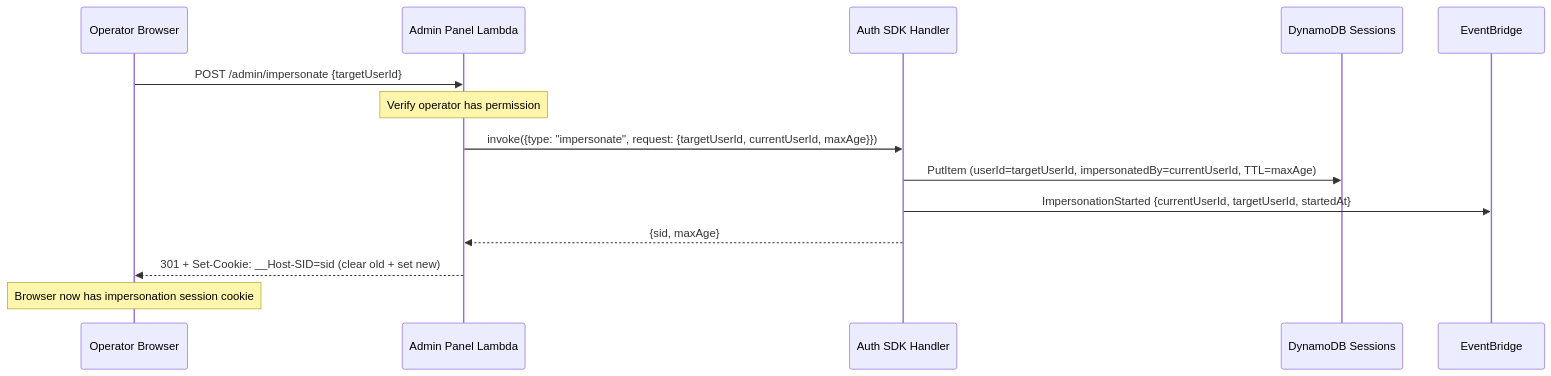
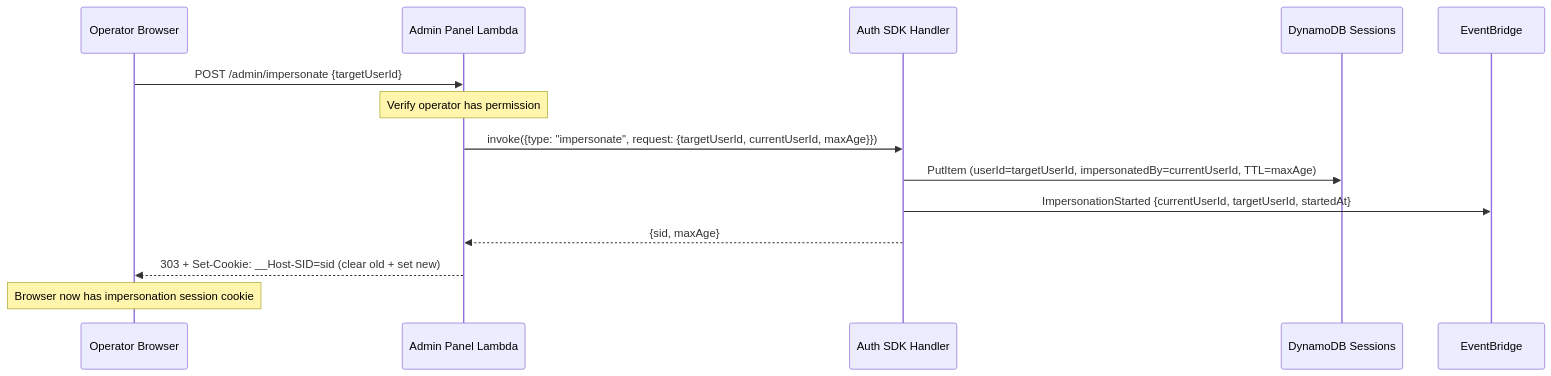
One commit to BeeSolve/packages changed the first of 4 diagrams in .kiro/plans/auth-impersonation.md. Above: the diagram before and after it, drawn with Mermaid. The commit also changed other lines of this file and 1 other file, not shown here.

````diff
--- a/.kiro/plans/auth-impersonation.md
+++ b/.kiro/plans/auth-impersonation.md
@@ -325,17 +317,17 @@
 ```mermaid
 sequenceDiagram
     participant Admin as Operator Browser
     participant AdminAPI as Admin Panel Lambda
     participant SDK as Auth SDK Handler
     participant DDB as DynamoDB Sessions
     participant EB as EventBridge
 
     Admin->>AdminAPI: POST /admin/impersonate {targetUserId}
     Note over AdminAPI: Verify operator has permission
     AdminAPI->>SDK: invoke({type: "impersonate", request: {targetUserId, currentUserId, maxAge}})
     SDK->>DDB: PutItem (userId=targetUserId, impersonatedBy=currentUserId, TTL=maxAge)
     SDK->>EB: ImpersonationStarted {currentUserId, targetUserId, startedAt}
     SDK-->>AdminAPI: {sid, maxAge}
-    AdminAPI-->>Admin: 301 + Set-Cookie: __Host-SID=sid (clear old + set new)
+    AdminAPI-->>Admin: 303 + Set-Cookie: __Host-SID=sid (clear old + set new)
     Note over Admin: Browser now has impersonation session cookie
 ```
````
